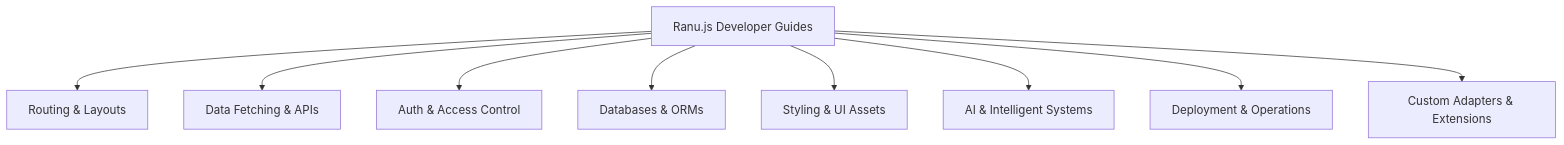
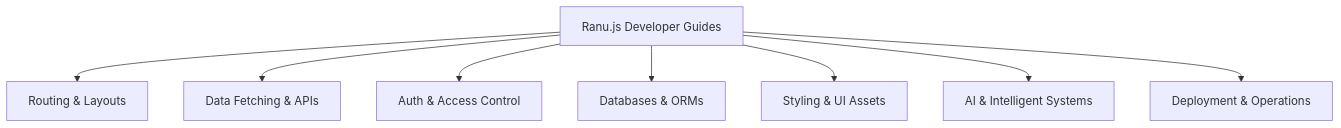
One commit to hoslift/ranu.js changed the diagram in docs/guides/README.md. Above: the diagram before and after it, drawn with Mermaid. The commit also changed other lines of this file and 13 other files, not shown here.

Commit message:
docs(adapters): sanitize public documentation and focus deployment guides on application developers

````diff
--- a/docs/guides/README.md
+++ b/docs/guides/README.md
@@ -11,12 +11,11 @@
 ```mermaid
 flowchart TD
     Guides[Ranu.js Developer Guides]
     Guides --> Routing[Routing & Layouts]
     Guides --> Data[Data Fetching & APIs]
     Guides --> Auth[Auth & Access Control]
     Guides --> DB[Databases & ORMs]
     Guides --> Style[Styling & UI Assets]
     Guides --> AI[AI & Intelligent Systems]
     Guides --> Deploy[Deployment & Operations]
-    Guides --> Adapters[Custom Adapters & Extensions]
 ```
````
